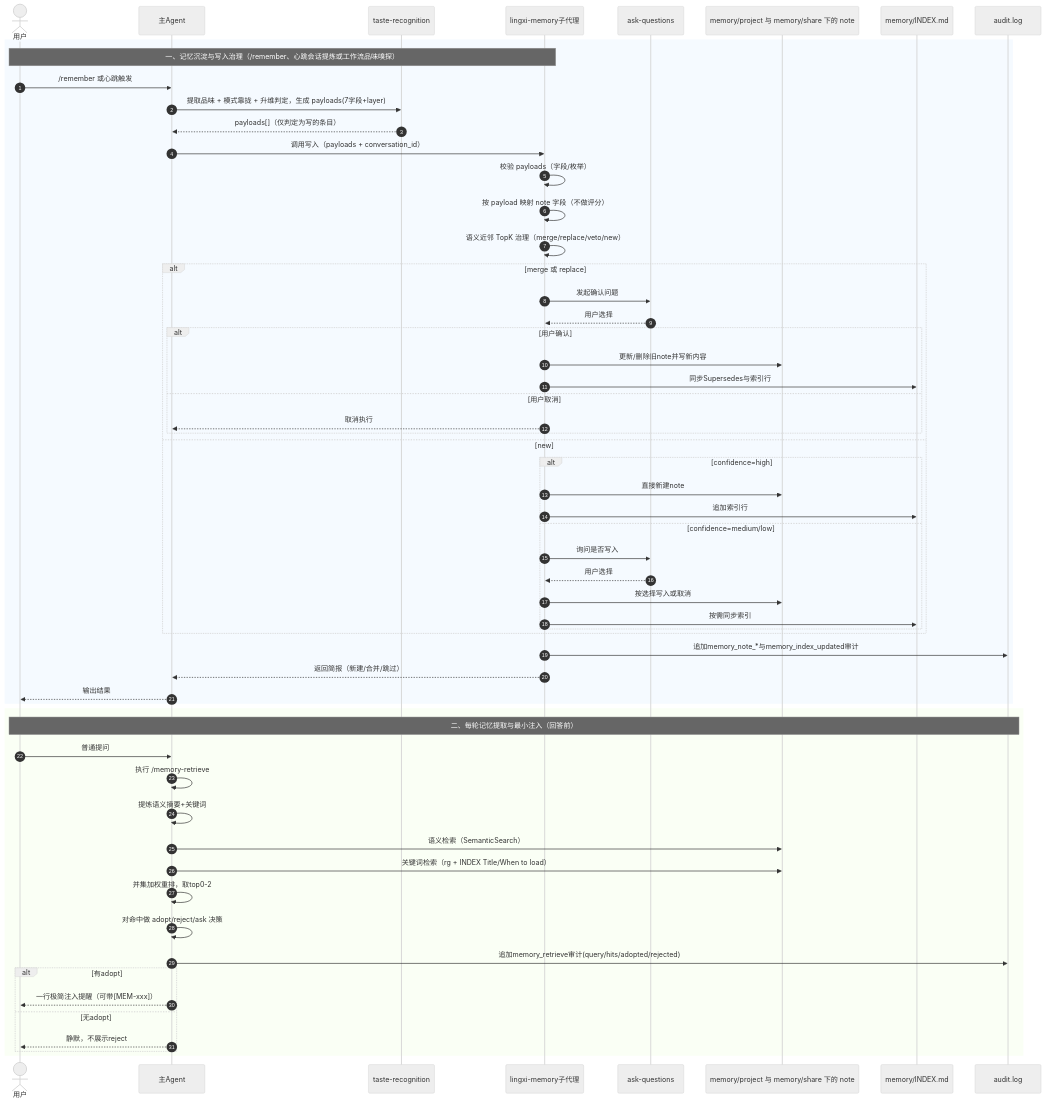
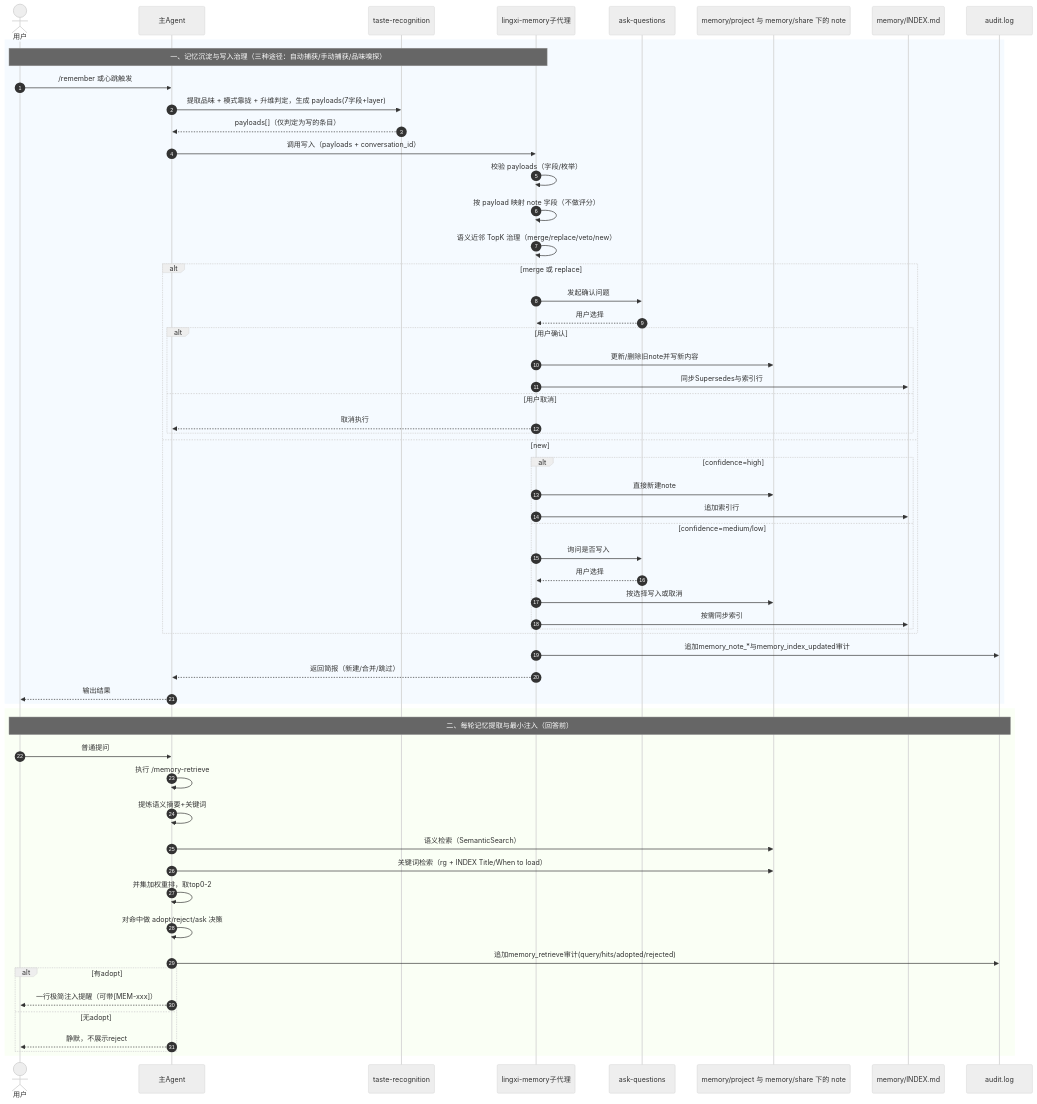
Before and after one commit to tower1229/lingxi-site: the diagram in guide/memory-system.md, drawn with Mermaid (neutral theme). The commit also changed other lines of this file and 14 other files, not shown here.

````diff
--- a/guide/memory-system.md
+++ b/guide/memory-system.md
@@ -136,63 +128,63 @@
 ```mermaid
 sequenceDiagram
     autonumber
     actor U as 用户
     participant A as 主Agent
     participant TR as taste-recognition
     participant LM as lingxi-memory子代理
     participant AQ as ask-questions
     participant N as memory/project 与 memory/share 下的 note
     participant I as memory/INDEX.md
     participant AU as audit.log
 
     rect rgb(245, 250, 255)
-    Note over U,LM: 一、记忆沉淀与写入治理（/remember、心跳会话提炼或工作流品味嗅探）
+    Note over U,LM: 一、记忆沉淀与写入治理（三种途径：自动捕获/手动捕获/品味嗅探）
     U->>A: /remember 或心跳触发
     A->>TR: 提取品味 + 模式靠拢 + 升维判定，生成 payloads(7字段+layer)
     TR-->>A: payloads[]（仅判定为写的条目）
     A->>LM: 调用写入（payloads + conversation_id）
     LM->>LM: 校验 payloads（字段/枚举）
     LM->>LM: 按 payload 映射 note 字段（不做评分）
     LM->>LM: 语义近邻 TopK 治理（merge/replace/veto/new）
     alt merge 或 replace
             LM->>AQ: 发起确认问题
             AQ-->>LM: 用户选择
             alt 用户确认
                 LM->>N: 更新/删除旧note并写新内容
                 LM->>I: 同步Supersedes与索引行
             else 用户取消
                 LM-->>A: 取消执行
             end
         else new
             alt confidence=high
                 LM->>N: 直接新建note
                 LM->>I: 追加索引行
             else confidence=medium/low
                 LM->>AQ: 询问是否写入
                 AQ-->>LM: 用户选择
                 LM->>N: 按选择写入或取消
                 LM->>I: 按需同步索引
             end
         end
         LM->>AU: 追加memory_note_*与memory_index_updated审计
     LM-->>A: 返回简报（新建/合并/跳过）
     A-->>U: 输出结果
     end
 
     rect rgb(250, 255, 245)
     Note over U,AU: 二、每轮记忆提取与最小注入（回答前）
     U->>A: 普通提问
     A->>A: 执行 /memory-retrieve
     A->>A: 提炼语义摘要+关键词
     A->>N: 语义检索（SemanticSearch）
     A->>N: 关键词检索（rg + INDEX Title/When to load）
     A->>A: 并集加权重排，取top0-2
     A->>A: 对命中做 adopt/reject/ask 决策
     A->>AU: 追加memory_retrieve审计(query/hits/adopted/rejected)
     alt 有adopt
         A-->>U: 一行极简注入提醒（可带[MEM-xxx]）
     else 无adopt
         A-->>U: 静默，不展示reject
     end
     end
 ```
````
